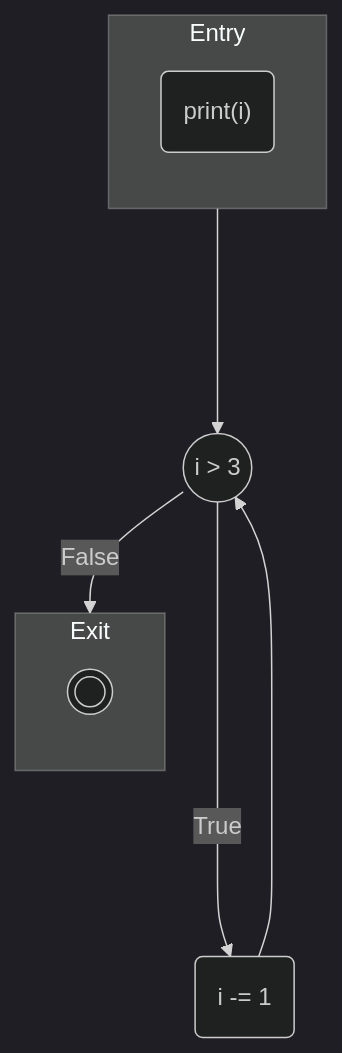
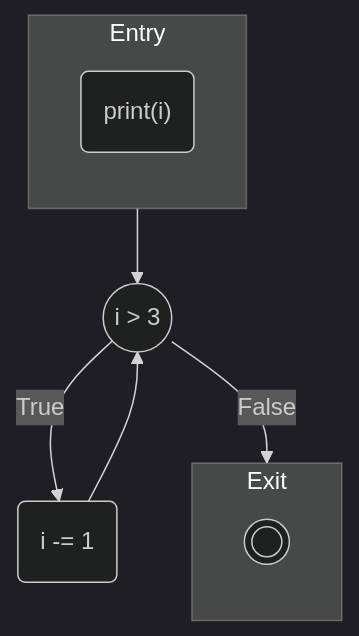
Diagram 11 of 18 in src/content/docs/developers/fast-cfg.mdx (moosetechnology/moosetechnology.github.io), drawn with Mermaid (dark theme) before and after one commit. The commit also changed other lines of this file, not shown here.

Commit message:
Correction des flèches dans les diagrammes de flux pour une meilleure clarté

````diff
--- a/src/content/docs/developers/fast-cfg.mdx
+++ b/src/content/docs/developers/fast-cfg.mdx
@@ -578,21 +578,21 @@
 ```mermaid
 flowchart TD
 	subgraph Entry
 		direction TB
 		1
 	end
 
 	subgraph Exit
 		direction TB
 		4
 	end
 
 	1("print(i) ")
 	2(("i > 3 "))
 	3("i -= 1 ")
 	4(((" ")))
-	1 ----> 2
+	1 --> 2
 	2 -- True --> 3
 	2 -- False --> 4
-	3 ----> 2
+	3 --> 2
 ```
````
